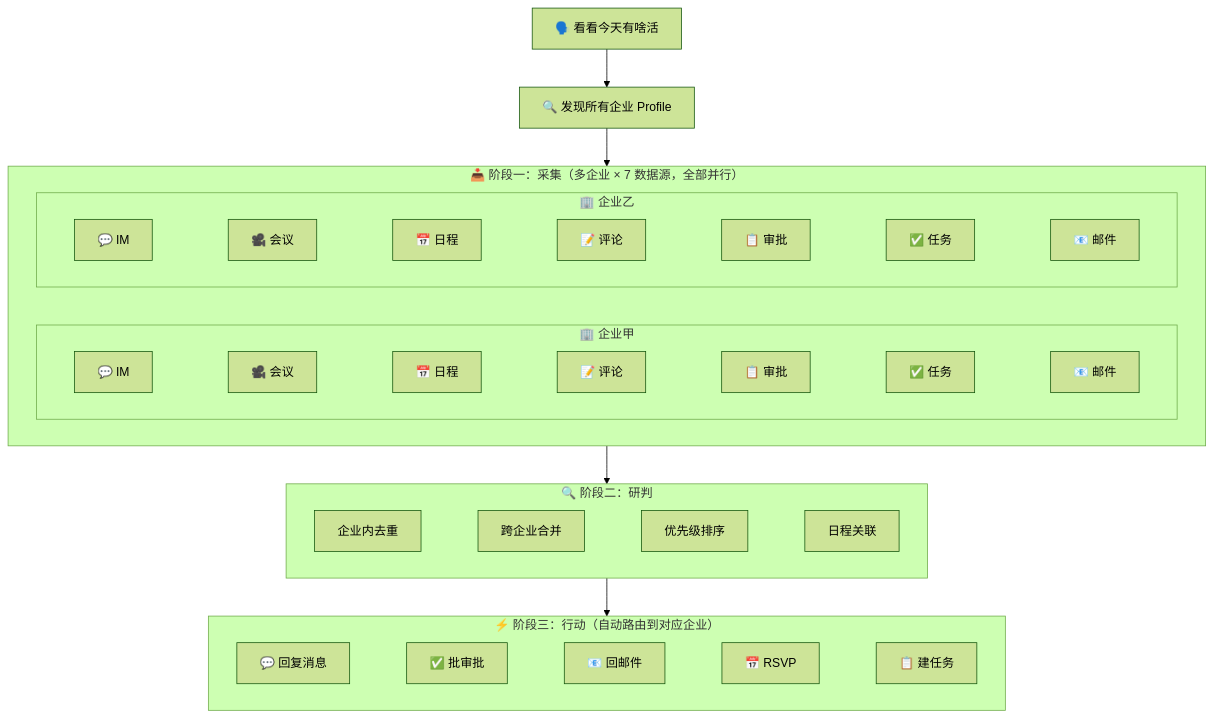
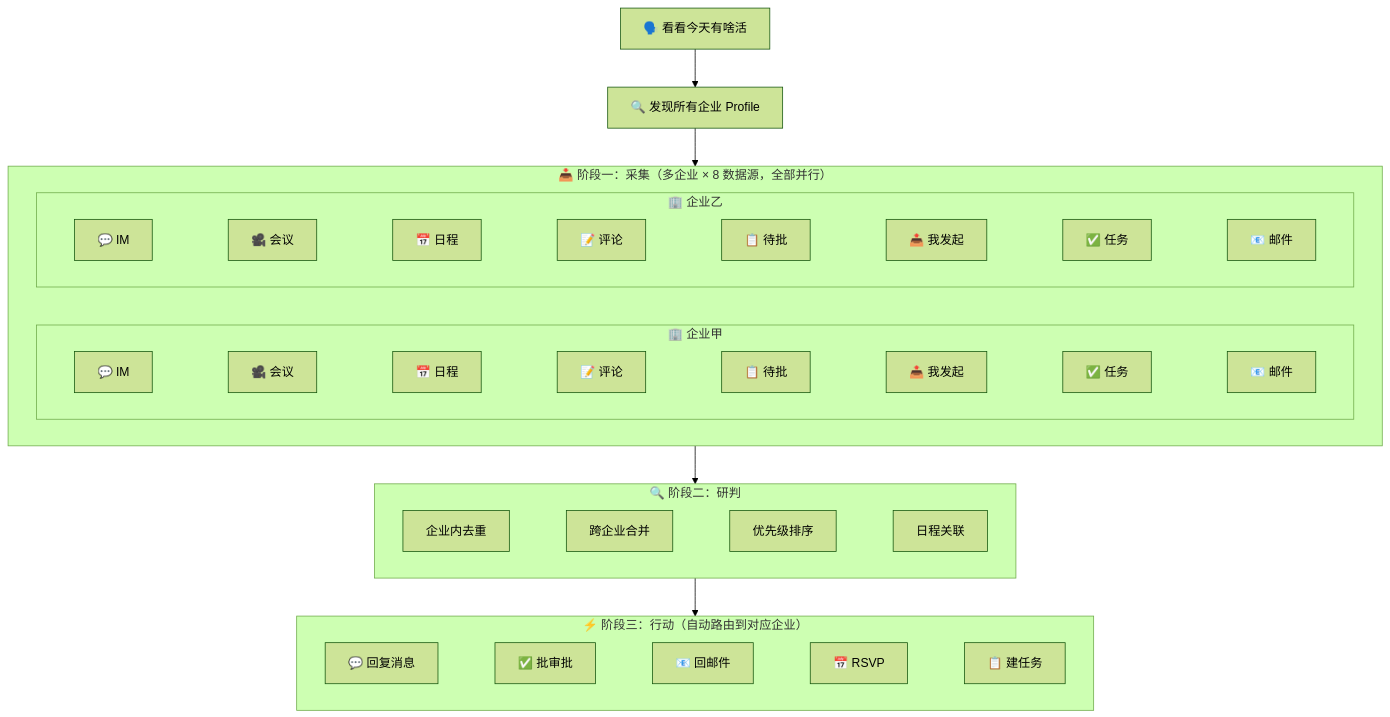
The diagram in README.md (autumnseasonism/lark-todo-skill), drawn with Mermaid (forest theme) before and after one commit. The commit also changed other lines of this file and 12 other files, not shown here.

````diff
--- a/README.md
+++ b/README.md
@@ -82,32 +83,32 @@
 ```mermaid
 flowchart TB
     User["🗣️ 看看今天有啥活"] --> Discover
 
     Discover["🔍 发现所有企业 Profile"] --> Collect
 
-    subgraph Collect["📥 阶段一：采集（多企业 × 7 数据源，全部并行）"]
+    subgraph Collect["📥 阶段一：采集（多企业 × 8 数据源，全部并行）"]
         direction LR
         subgraph OrgA["🏢 企业甲"]
             direction LR
-            C1["💬 IM"] ~~~ C2["🎥 会议"] ~~~ C3["📅 日程"] ~~~ C4["📝 评论"] ~~~ C5["📋 审批"] ~~~ C6["✅ 任务"] ~~~ C7["📧 邮件"]
+            C1["💬 IM"] ~~~ C2["🎥 会议"] ~~~ C3["📅 日程"] ~~~ C4["📝 评论"] ~~~ C5["📋 待批"] ~~~ C8["📤 我发起"] ~~~ C6["✅ 任务"] ~~~ C7["📧 邮件"]
         end
         subgraph OrgB["🏢 企业乙"]
             direction LR
-            D1["💬 IM"] ~~~ D2["🎥 会议"] ~~~ D3["📅 日程"] ~~~ D4["📝 评论"] ~~~ D5["📋 审批"] ~~~ D6["✅ 任务"] ~~~ D7["📧 邮件"]
+            D1["💬 IM"] ~~~ D2["🎥 会议"] ~~~ D3["📅 日程"] ~~~ D4["📝 评论"] ~~~ D5["📋 待批"] ~~~ D8["📤 我发起"] ~~~ D6["✅ 任务"] ~~~ D7["📧 邮件"]
         end
     end
 
     Collect --> Analyze
 
     subgraph Analyze["🔍 阶段二：研判"]
         direction LR
         A1["企业内去重"] ~~~ A2["跨企业合并"] ~~~ A3["优先级排序"] ~~~ A4["日程关联"]
     end
 
     Analyze --> Action
 
     subgraph Action["⚡ 阶段三：行动（自动路由到对应企业）"]
         direction LR
         O1["💬 回复消息"] ~~~ O2["✅ 批审批"] ~~~ O3["📧 回邮件"] ~~~ O4["📅 RSVP"] ~~~ O5["📋 建任务"]
     end
 ```
````
